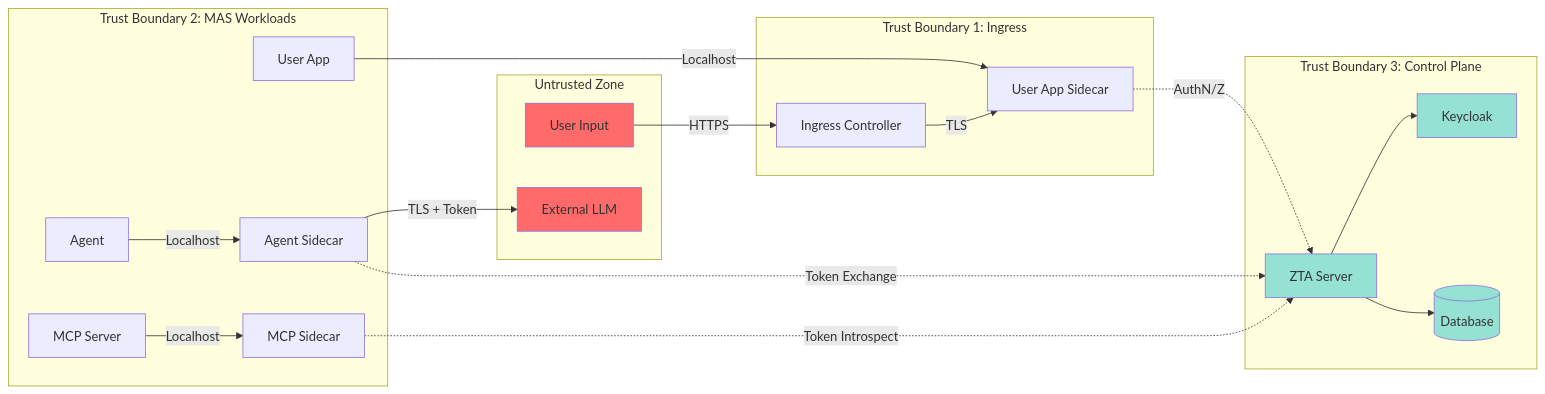
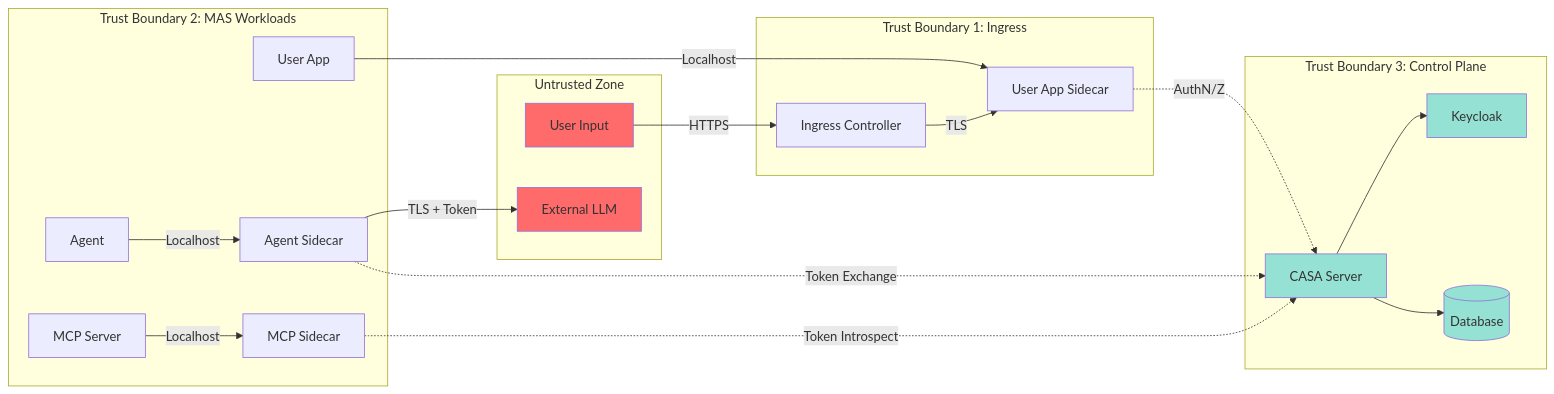
Before and after one commit to outshift-open/CASA: the second of 16 diagrams in contrib/wip/it1/SPECS.md, drawn with Mermaid. The commit also changed other lines of this file and 294 other files, not shown here.

Commit message:
feat: Rename from ZTA to CASA

````diff
--- a/contrib/wip/it1/SPECS.md
+++ b/contrib/wip/it1/SPECS.md
@@ -149,47 +149,47 @@
 ```mermaid
 graph LR
     subgraph "Untrusted Zone"
         U[User Input]
         LLM[External LLM]
     end
 
     subgraph "Trust Boundary 1: Ingress"
         ING[Ingress Controller]
         UAS[User App Sidecar]
     end
 
     subgraph "Trust Boundary 2: MAS Workloads"
         UA[User App]
         AG[Agent]
         AGS[Agent Sidecar]
         MCP[MCP Server]
         MCPS[MCP Sidecar]
     end
 
     subgraph "Trust Boundary 3: Control Plane"
-        ZTA[ZTA Server]
+        CASA[CASA Server]
         KC[Keycloak]
         PG[(Database)]
     end
 
     U -->|HTTPS| ING
     ING -->|TLS| UAS
-    UAS -.->|AuthN/Z| ZTA
+    UAS -.->|AuthN/Z| CASA
     UA -->|Localhost| UAS
 
     AGS -->|TLS + Token| LLM
-    AGS -.->|Token Exchange| ZTA
+    AGS -.->|Token Exchange| CASA
 
     AG -->|Localhost| AGS
     MCP -->|Localhost| MCPS
 
-    MCPS -.->|Token Introspect| ZTA
-    ZTA --> KC
-    ZTA --> PG
+    MCPS -.->|Token Introspect| CASA
+    CASA --> KC
+    CASA --> PG
 
     style U fill:#ff6b6b
     style LLM fill:#ff6b6b
-    style ZTA fill:#95e1d3
+    style CASA fill:#95e1d3
     style KC fill:#95e1d3
     style PG fill:#95e1d3
 ```
````
